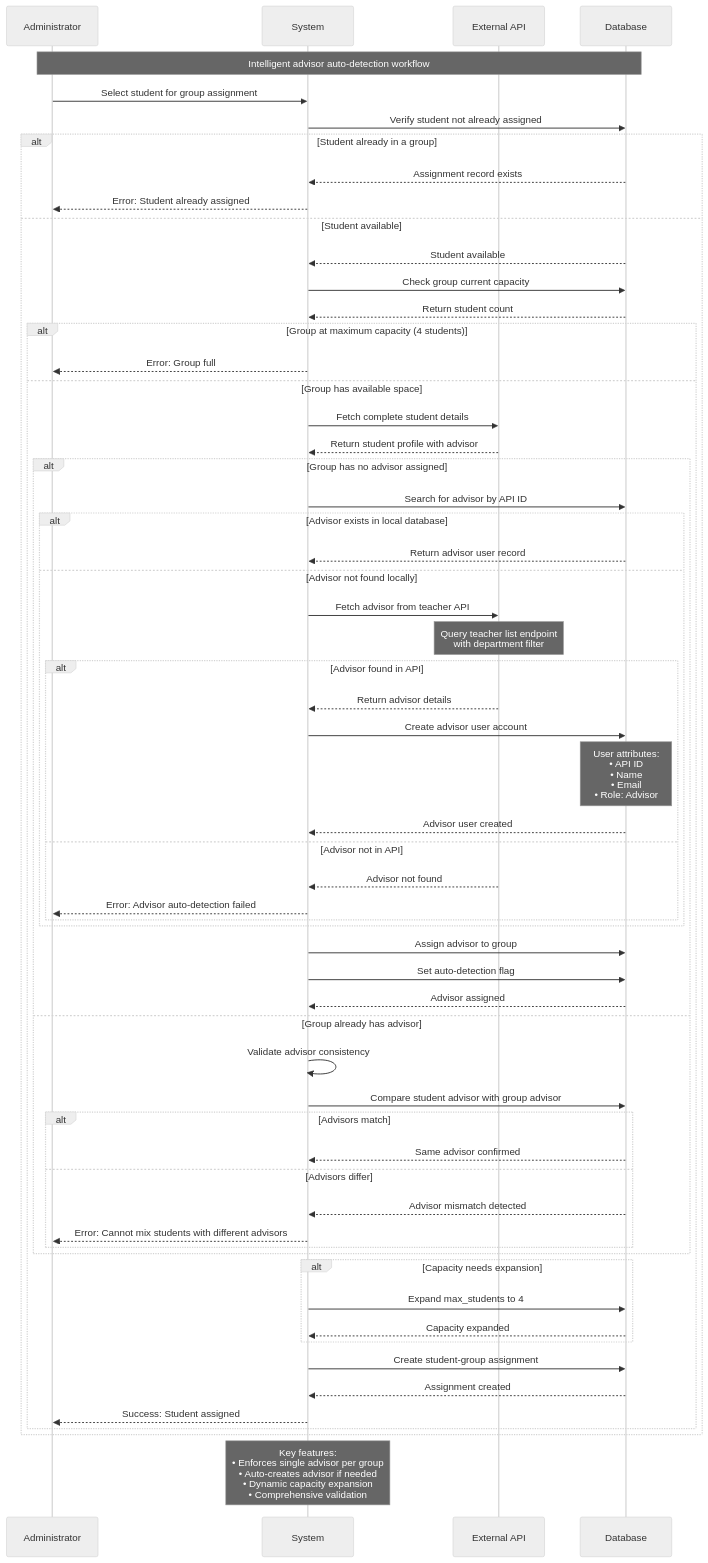
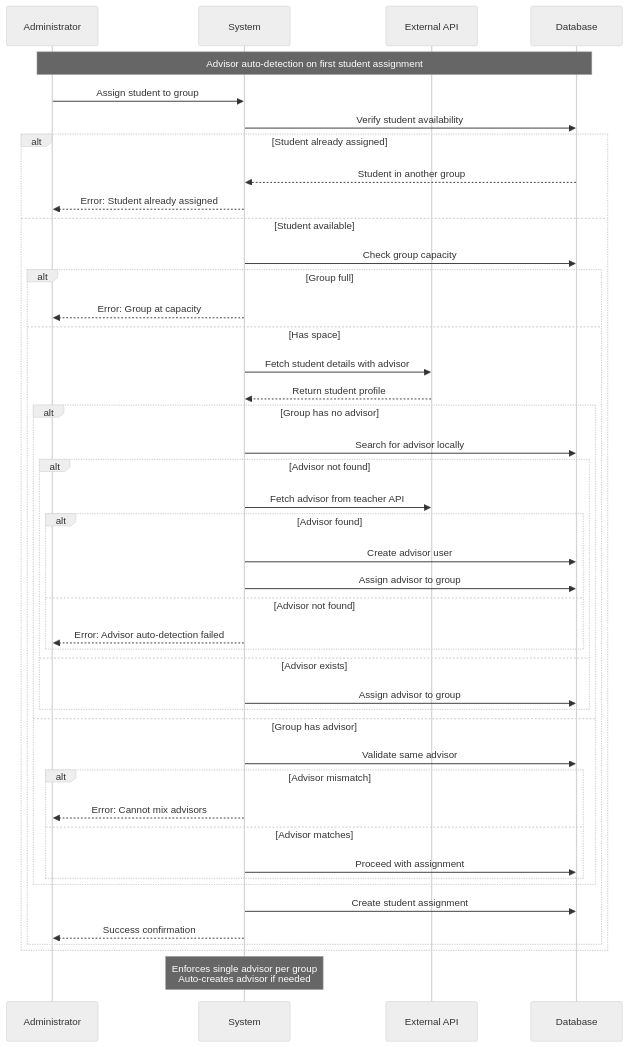
One commit to abdullah2323442/thesisrepo-backup changed diagram 29 of 37 in sequence-academic.md. Above: the diagram before and after it, drawn with Mermaid (neutral theme). The commit also changed other lines of this file, not shown here.

Commit message:
update sequence academic md

````diff
--- a/sequence-academic.md
+++ b/sequence-academic.md
@@ -979,75 +957,56 @@
 ```mermaid
 sequenceDiagram
     participant Administrator
     participant System
     participant External API
     participant Database
 
-    Note over Administrator,Database: Intelligent advisor auto-detection workflow
+    Note over Administrator,Database: Advisor auto-detection on first student assignment
     
-    Administrator->>System: Select student for group assignment
-    System->>Database: Verify student not already assigned
+    Administrator->>System: Assign student to group
+    System->>Database: Verify student availability
     
-    alt Student already in a group
-        Database-->>System: Assignment record exists
+    alt Student already assigned
+        Database-->>System: Student in another group
         System-->>Administrator: Error: Student already assigned
     else Student available
-        Database-->>System: Student available
+        System->>Database: Check group capacity
         
-        System->>Database: Check group current capacity
-        Database-->>System: Return student count
-        
-        alt Group at maximum capacity (4 students)
-            System-->>Administrator: Error: Group full
-        else Group has available space
-            System->>External API: Fetch complete student details
-            External API-->>System: Return student profile with advisor
+        alt Group full
+            System-->>Administrator: Error: Group at capacity
+        else Has space
+            System->>External API: Fetch student details with advisor
+            External API-->>System: Return student profile
             
-            alt Group has no advisor assigned
-                System->>Database: Search for advisor by API ID
+            alt Group has no advisor
+                System->>Database: Search for advisor locally
                 
-                alt Advisor exists in local database
-                    Database-->>System: Return advisor user record
-                else Advisor not found locally
+                alt Advisor not found
                     System->>External API: Fetch advisor from teacher API
-                    Note over External API: Query teacher list endpoint<br/>with department filter
                     
-                    alt Advisor found in API
-                        External API-->>System: Return advisor details
-                        System->>Database: Create advisor user account
-                        Note over Database: User attributes:<br/>• API ID<br/>• Name<br/>• Email<br/>• Role: Advisor
-                        Database-->>System: Advisor user created
-                    else Advisor not in API
-                        External API-->>System: Advisor not found
+                    alt Advisor found
+                        System->>Database: Create advisor user
+                        System->>Database: Assign advisor to group
+                    else Advisor not found
                         System-->>Administrator: Error: Advisor auto-detection failed
                     end
+                else Advisor exists
+                    System->>Database: Assign advisor to group
                 end
+            else Group has advisor
+                System->>Database: Validate same advisor
                 
-                System->>Database: Assign advisor to group
-                System->>Database: Set auto-detection flag
-                Database-->>System: Advisor assigned
-            else Group already has advisor
-                System->>System: Validate advisor consistency
-                System->>Database: Compare student advisor with group advisor
-                
-                alt Advisors match
-                    Database-->>System: Same advisor confirmed
-                else Advisors differ
-                    Database-->>System: Advisor mismatch detected
-                    System-->>Administrator: Error: Cannot mix students with different advisors
+                alt Advisor mismatch
+                    System-->>Administrator: Error: Cannot mix advisors
+                else Advisor matches
+                    System->>Database: Proceed with assignment
                 end
             end
             
-            alt Capacity needs expansion
-                System->>Database: Expand max_students to 4
-                Database-->>System: Capacity expanded
-            end
-            
-            System->>Database: Create student-group assignment
-            Database-->>System: Assignment created
-            System-->>Administrator: Success: Student assigned
+            System->>Database: Create student assignment
+            System-->>Administrator: Success confirmation
         end
     end
     
-    Note over System: Key features:<br/>• Enforces single advisor per group<br/>• Auto-creates advisor if needed<br/>• Dynamic capacity expansion<br/>• Comprehensive validation
+    Note over System: Enforces single advisor per group<br/>Auto-creates advisor if needed
 ```
````
